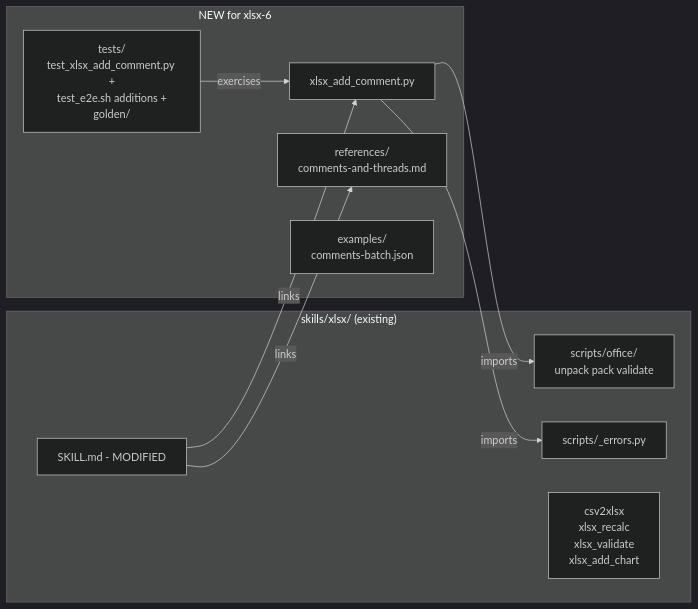
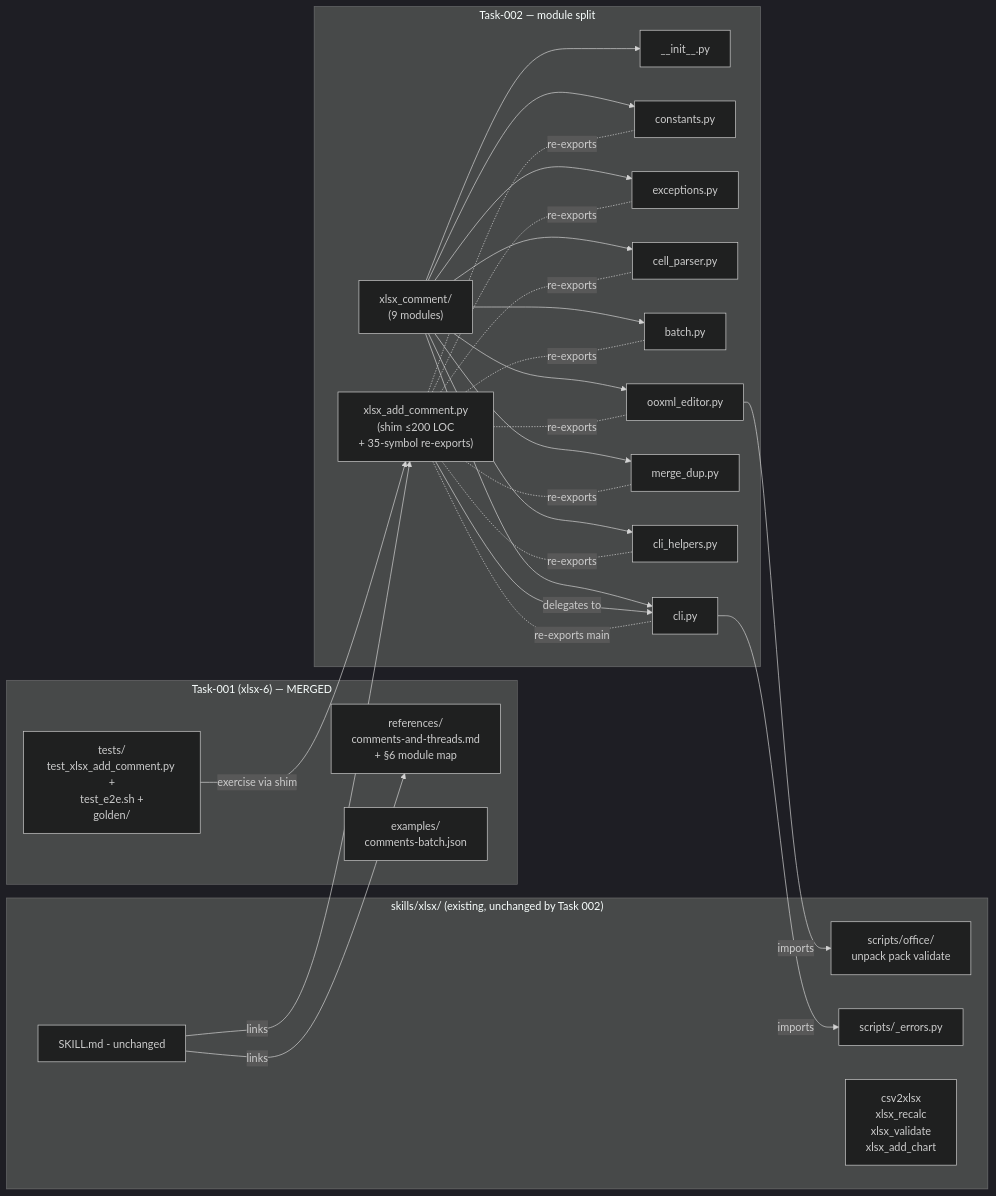
The second of 3 diagrams in docs/ARCHITECTURE.md (MatrixFounder/Universal-skills), drawn with Mermaid (dark theme) before and after one commit. The commit also changed other lines of this file and 32 other files, not shown here.

Commit message:
xlsx_add_comment.py refactoring

````diff
--- a/docs/ARCHITECTURE.md
+++ b/docs/ARCHITECTURE.md
@@ -197,20 +264,50 @@
 ```mermaid
 flowchart LR
-    subgraph "skills/xlsx/ (existing)"
-        SKILL[SKILL.md - MODIFIED]
+    subgraph "skills/xlsx/ (existing, unchanged by Task 002)"
+        SKILL[SKILL.md - unchanged]
         Office[scripts/office/<br/>unpack pack validate]
         Errors[scripts/_errors.py]
         Existing[csv2xlsx<br/>xlsx_recalc<br/>xlsx_validate<br/>xlsx_add_chart]
     end
-    subgraph "NEW for xlsx-6"
-        Script[xlsx_add_comment.py]
-        Ref[references/<br/>comments-and-threads.md]
+    subgraph "Task-001 (xlsx-6) — MERGED"
+        Ref[references/<br/>comments-and-threads.md<br/>+ §6 module map]
         Example[examples/<br/>comments-batch.json]
-        Tests[tests/<br/>test_xlsx_add_comment.py +<br/>test_e2e.sh additions +<br/>golden/]
+        Tests[tests/<br/>test_xlsx_add_comment.py +<br/>test_e2e.sh +<br/>golden/]
     end
-    Script -->|imports| Office
-    Script -->|imports| Errors
-    SKILL -->|links| Script
+    subgraph "Task-002 — module split"
+        Shim["xlsx_add_comment.py<br/>(shim ≤200 LOC<br/>+ 35-symbol re-exports)"]
+        Pkg["xlsx_comment/<br/>(9 modules)"]
+        Init["__init__.py"]
+        Const["constants.py"]
+        Exc["exceptions.py"]
+        Cell["cell_parser.py"]
+        Batch["batch.py"]
+        OOXML["ooxml_editor.py"]
+        Merge["merge_dup.py"]
+        CliH["cli_helpers.py"]
+        Cli["cli.py"]
+        Pkg --> Init
+        Pkg --> Const
+        Pkg --> Exc
+        Pkg --> Cell
+        Pkg --> Batch
+        Pkg --> OOXML
+        Pkg --> Merge
+        Pkg --> CliH
+        Pkg --> Cli
+    end
+    Shim -->|delegates to| Cli
+    Shim -.re-exports.- Const
+    Shim -.re-exports.- Exc
+    Shim -.re-exports.- Cell
+    Shim -.re-exports.- Batch
+    Shim -.re-exports.- OOXML
+    Shim -.re-exports.- Merge
+    Shim -.re-exports.- CliH
+    Shim -.re-exports main.- Cli
+    OOXML -->|imports| Office
+    Cli -->|imports| Errors
+    Tests -->|exercise via shim| Shim
+    SKILL -->|links| Shim
     SKILL -->|links| Ref
-    Tests -->|exercises| Script
 ```
````
